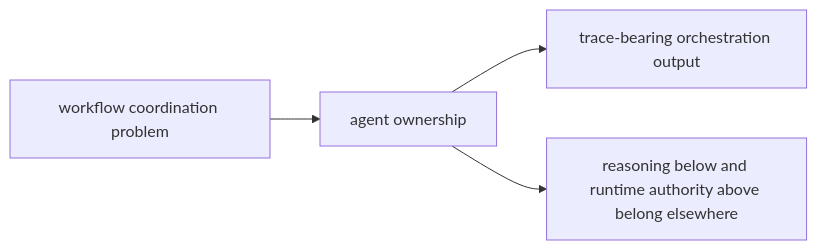
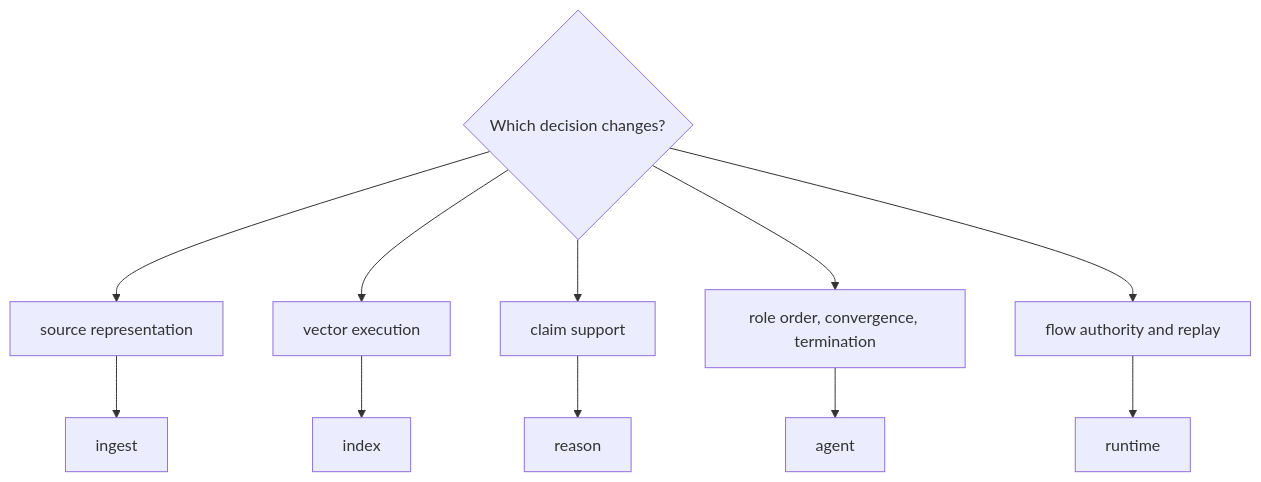
One commit to bijux/bijux-canon changed the diagram in docs/05-bijux-canon-agent/foundation/ownership-boundary.md. Above: the diagram before and after it, drawn with Mermaid. The commit also changed other lines of this file and 2 other files, not shown here.

Commit message:
docs(agent): define workflow progression authority

````diff
--- a/docs/05-bijux-canon-agent/foundation/ownership-boundary.md
+++ b/docs/05-bijux-canon-agent/foundation/ownership-boundary.md
@@ -16,10 +16,15 @@
 ```mermaid
-flowchart LR
-    workflow["workflow coordination problem"]
-    agent["agent ownership"]
-    trace["trace-bearing orchestration output"]
-    neighbors["reasoning below and runtime authority above belong elsewhere"]
+flowchart TD
+    change{"Which decision changes?"}
+    representation["source representation"]
+    retrieval["vector execution"]
+    meaning["claim support"]
+    workflow["role order, convergence, termination"]
+    acceptance["flow authority and replay"]
 
-    workflow --> agent --> trace
-    agent --> neighbors
+    change --> representation --> ingest["ingest"]
+    change --> retrieval --> index["index"]
+    change --> meaning --> reason["reason"]
+    change --> workflow --> agent["agent"]
+    change --> acceptance --> runtime["runtime"]
 ```
````
